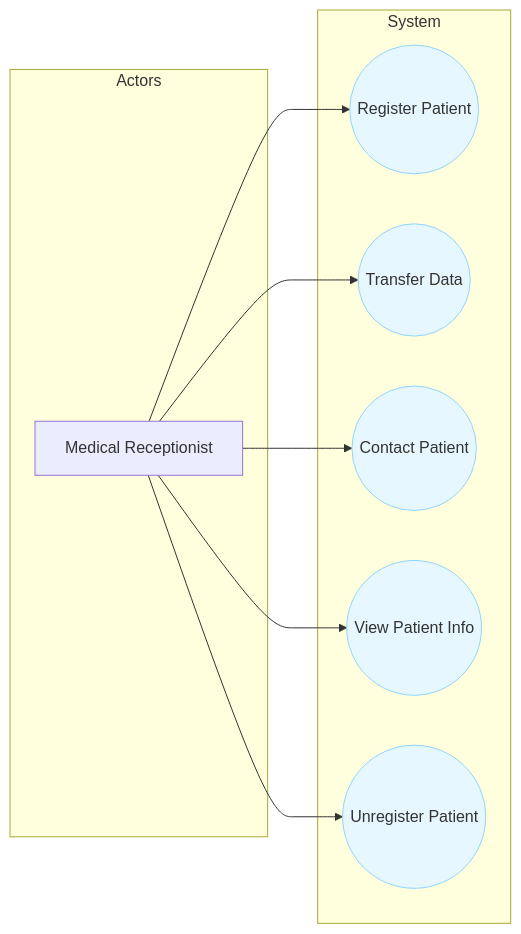
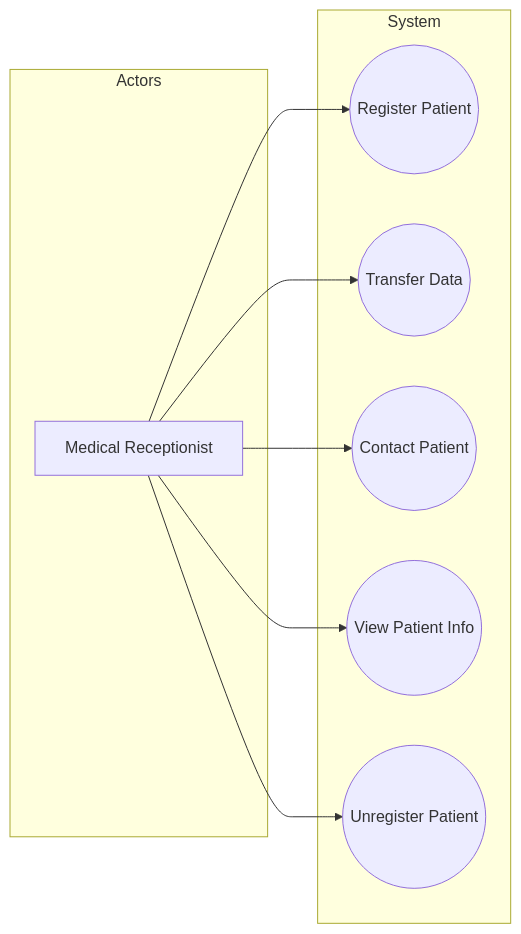
One commit to sujith-eag/sujith-library changed the second of 3 diagrams in docs/mca/se/u21/u3.md. Above: the diagram before and after it, drawn with Mermaid. The commit also changed other lines of this file and 41 other files, not shown here.

First line of the commit message:
Refactor diagrams and remove redundant styles in documentation

````diff
--- a/docs/mca/se/u21/u3.md
+++ b/docs/mca/se/u21/u3.md
@@ -95,26 +93,20 @@
 ```mermaid
 graph LR
     subgraph Actors
         MR[Medical Receptionist]
     end
 
     subgraph System
         RP((Register Patient))
         TD((Transfer Data))
         CP((Contact Patient))
         VP((View Patient Info))
         UP((Unregister Patient))
     end
 
     MR --> RP
     MR --> TD
     MR --> CP
     MR --> VP
     MR --> UP
-
-    style RP fill:#e6f7ff,stroke:#91d5ff
-    style TD fill:#e6f7ff,stroke:#91d5ff
-    style CP fill:#e6f7ff,stroke:#91d5ff
-    style VP fill:#e6f7ff,stroke:#91d5ff
-    style UP fill:#e6f7ff,stroke:#91d5ff
 ```
````
